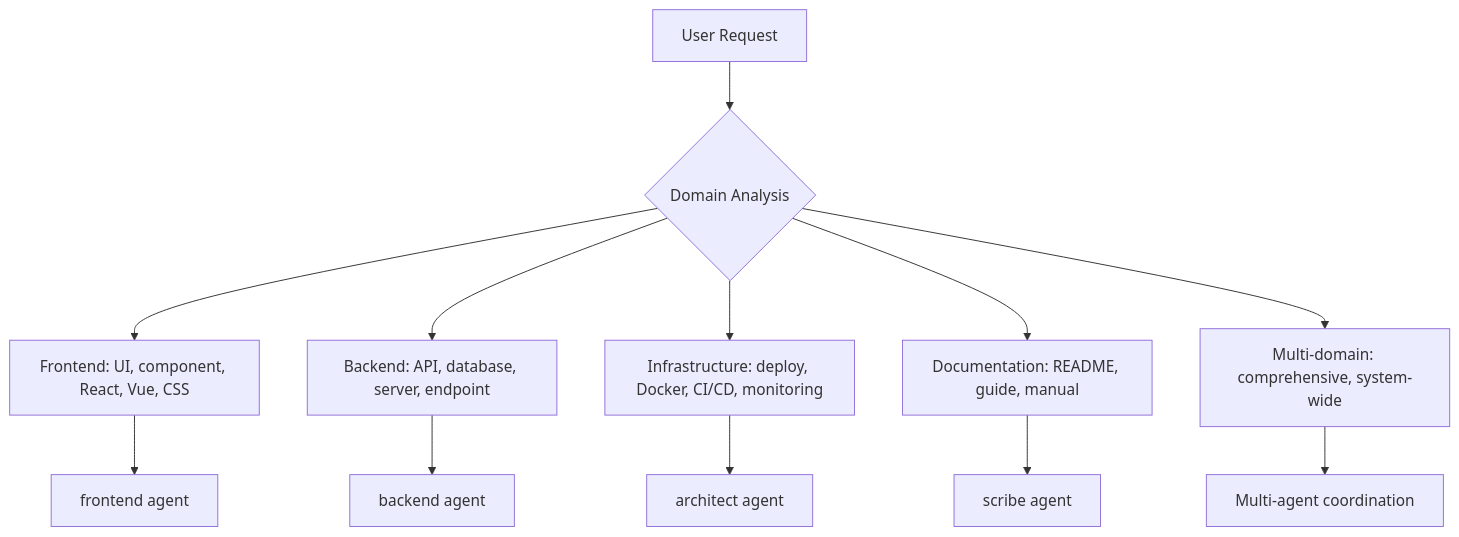
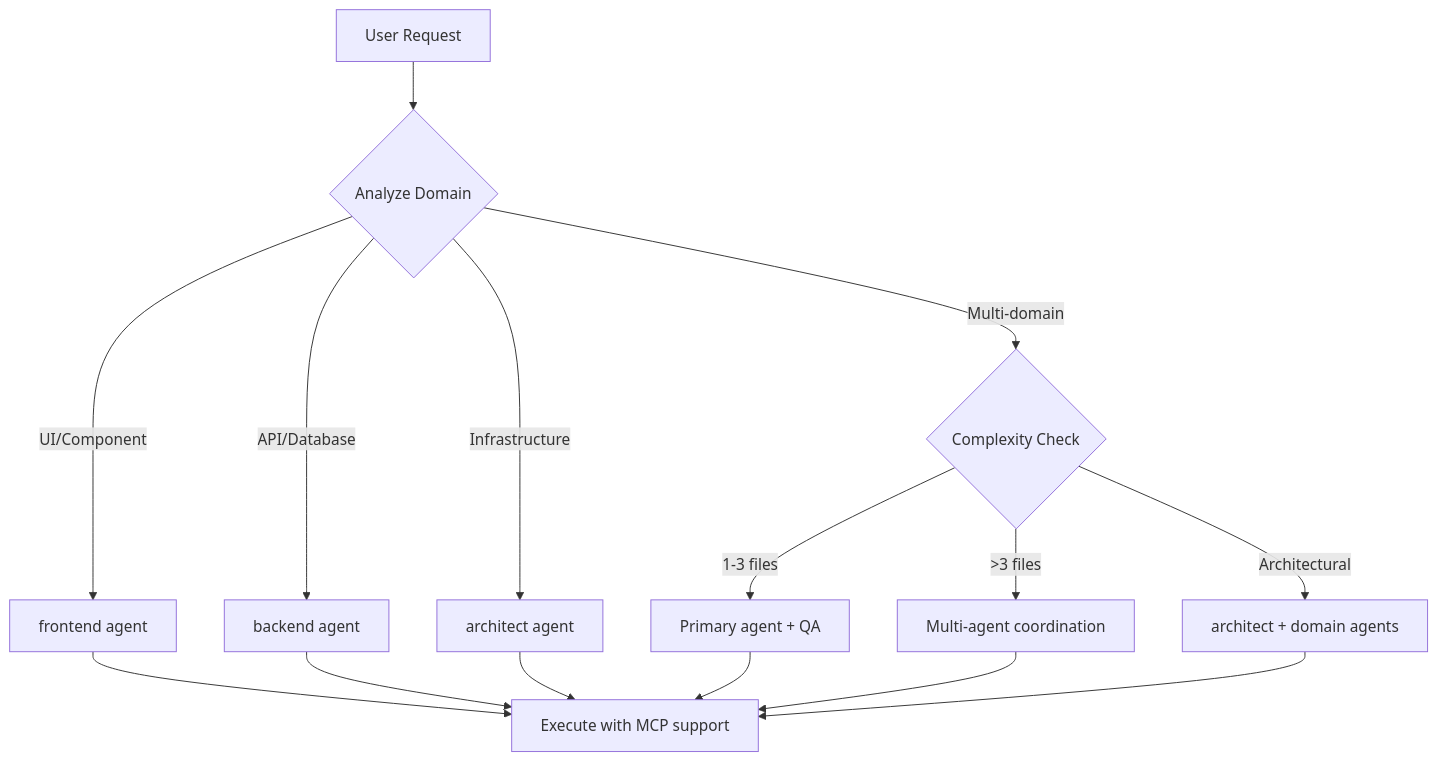
The second of 4 diagrams in docker/opencode/config/AGENTS.md (MerlinFloyd/horizon-sdlc-v2), drawn with Mermaid before and after one commit. The commit also changed other lines of this file, not shown here.

Commit message:
feat: streamline agent orchestration documentation; enhance clarity on agent utilization rules and CLI tool policies

````diff
--- a/docker/opencode/config/AGENTS.md
+++ b/docker/opencode/config/AGENTS.md
@@ -249,15 +63,19 @@
 ```mermaid
 graph TD
-    A[User Request] --> B{Domain Analysis}
-    B --> C[Frontend: UI, component, React, Vue, CSS]
-    B --> D[Backend: API, database, server, endpoint]
-    B --> E[Infrastructure: deploy, Docker, CI/CD, monitoring]
-    B --> F[Documentation: README, guide, manual]
-    B --> G[Multi-domain: comprehensive, system-wide]
+    A[User Request] --> B{Analyze Domain}
+    B -->|UI/Component| C[frontend agent]
+    B -->|API/Database| D[backend agent]
+    B -->|Infrastructure| E[architect agent]
+    B -->|Multi-domain| F{Complexity Check}
 
-    C --> H[frontend agent]
-    D --> I[backend agent]
-    E --> J[architect agent]
-    F --> K[scribe agent]
-    G --> L[Multi-agent coordination]
+    F -->|1-3 files| G[Primary agent + QA]
+    F -->|>3 files| H[Multi-agent coordination]
+    F -->|Architectural| I[architect + domain agents]
+
+    C --> J[Execute with MCP support]
+    D --> J
+    E --> J
+    G --> J
+    H --> J
+    I --> J
 ```
````
